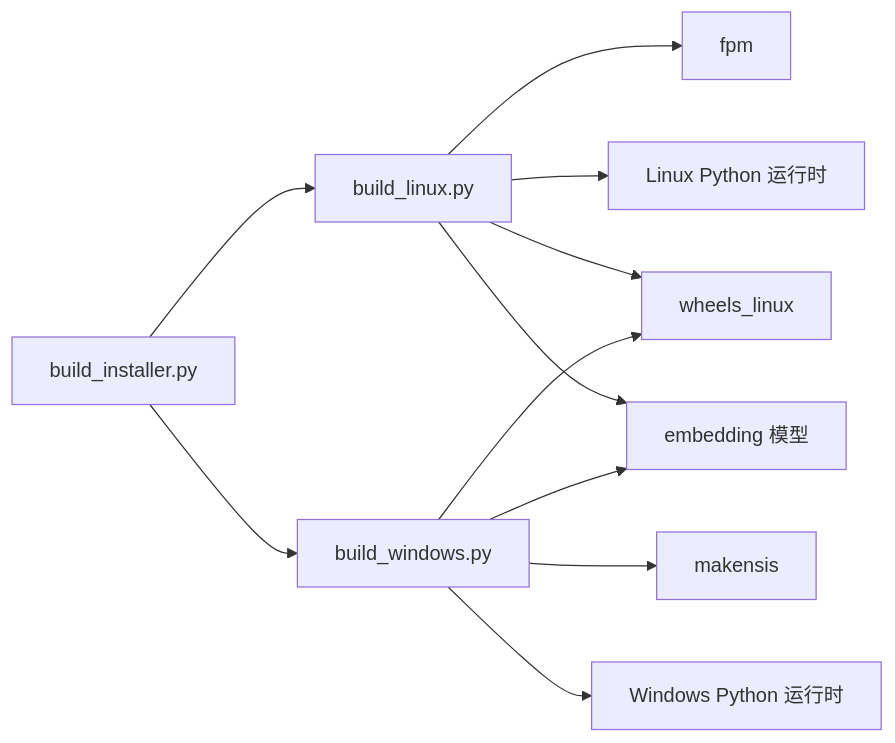
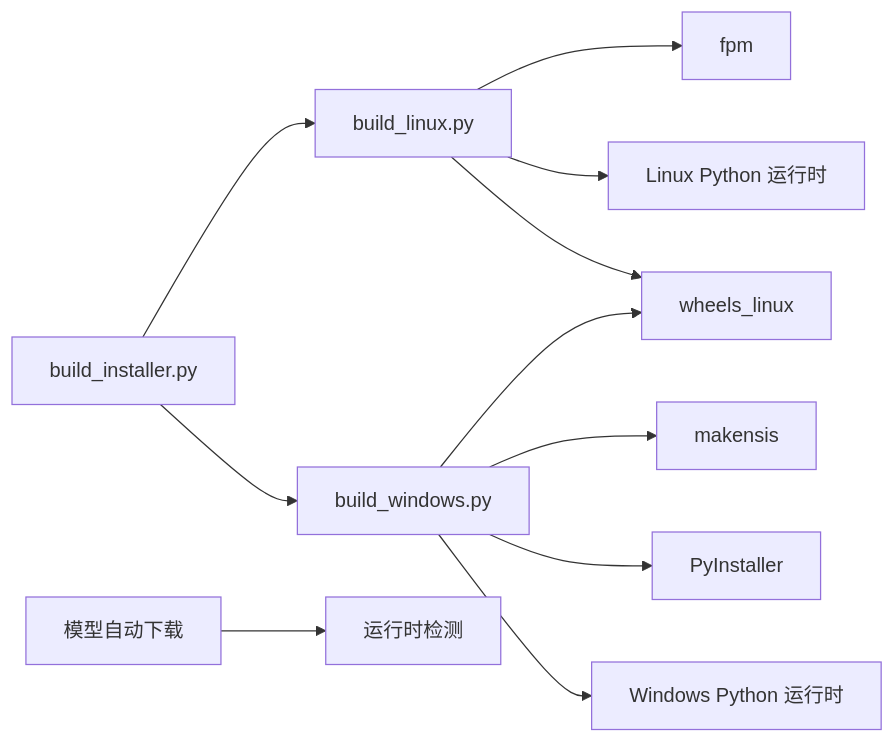
One commit to joyafa/knowledge changed the sixth of 6 diagrams in .qoder/repowiki/zh/content/部署与运维/安装部署脚本/安装部署脚本.md. Above: the diagram before and after it, drawn with Mermaid. The commit also changed other lines of this file and 5 other files, not shown here.

````diff
--- a/.qoder/repowiki/zh/content/部署与运维/安装部署脚本/安装部署脚本.md
+++ b/.qoder/repowiki/zh/content/部署与运维/安装部署脚本/安装部署脚本.md
@@ -284,13 +312,13 @@
 ```mermaid
 graph LR
 BI["build_installer.py"] --> BL["build_linux.py"]
 BI --> BW["build_windows.py"]
 BL --> FPM["fpm"]
 BW --> NSIS["makensis"]
+BW --> PYI["PyInstaller"]
 BL --> PYL["Linux Python 运行时"]
 BW --> PYW["Windows Python 运行时"]
 BL --> WLS["wheels_linux"]
 BW --> WLS
-BL --> MODL["embedding 模型"]
-BW --> MODL
+MODL["模型自动下载"] --> RUNTIME["运行时检测"]
 ```
````
